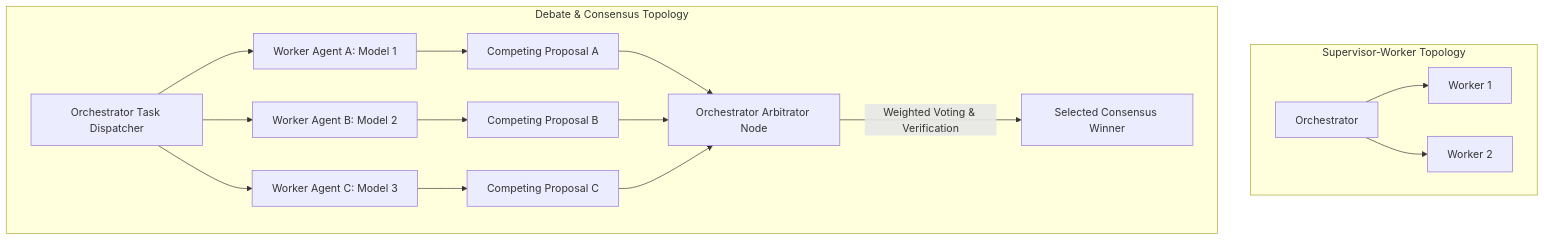
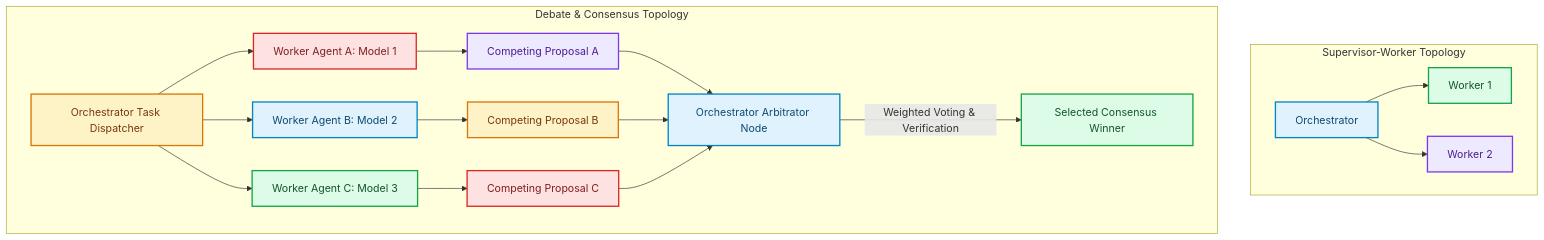
One commit to akmalkhaniub/akmalkhaniub.github.io changed the diagram in blog/posts/orchestrator-consensus-voting-arbitrator-topologies.md. Above: the diagram before and after it, drawn with Mermaid. The commit also changed other lines of this file and 1291 other files, not shown here.

First line of the commit message:
feat(catalog): unique covers, scholarly references, and diagram palettes

````diff
--- a/blog/posts/orchestrator-consensus-voting-arbitrator-topologies.md
+++ b/blog/posts/orchestrator-consensus-voting-arbitrator-topologies.md
@@ -13,19 +13,30 @@
 ```mermaid
 flowchart TD
   subgraph SG1_SupervisorWorkerTopology ["Supervisor-Worker Topology"]
-    A[Orchestrator] --> B[Worker 1]
-    A --> C[Worker 2]
+    A["Orchestrator"] --> B["Worker 1"]
+    A --> C["Worker 2"]
   end
   subgraph SG2_DebateConsensusTopology ["Debate & Consensus Topology"]
-    D[Orchestrator Task Dispatcher] --> E[Worker Agent A: Model 1]
-    D --> F[Worker Agent B: Model 2]
-    D --> G[Worker Agent C: Model 3]
-    E --> H[Competing Proposal A]
-    F --> I[Competing Proposal B]
-    G --> J[Competing Proposal C]
-    H --> K[Orchestrator Arbitrator Node]
+    D["Orchestrator Task Dispatcher"] --> E["Worker Agent A: Model 1"]
+    D --> F["Worker Agent B: Model 2"]
+    D --> G["Worker Agent C: Model 3"]
+    E --> H["Competing Proposal A"]
+    F --> I["Competing Proposal B"]
+    G --> J["Competing Proposal C"]
+    H --> K["Orchestrator Arbitrator Node"]
     I --> K
     J --> K
-    K -->|Weighted Voting & Verification| L[Selected Consensus Winner]
+    K -->|Weighted Voting & Verification| L["Selected Consensus Winner"]
   end
+
+classDef green fill:#dcfce7,stroke:#16a34a,stroke-width:2px,color:#14532d;
+classDef red fill:#fee2e2,stroke:#dc2626,stroke-width:2px,color:#7f1d1d;
+classDef blue fill:#e0f2fe,stroke:#0284c7,stroke-width:2px,color:#0c4a6e;
+classDef yellow fill:#fef3c7,stroke:#d97706,stroke-width:2px,color:#78350f;
+classDef purple fill:#ede9fe,stroke:#7c3aed,stroke-width:2px,color:#4c1d95;
+class A,F,K blue
+class B,G,L green
+class C,H purple
+class D,I yellow
+class E,J red
 ```
````
